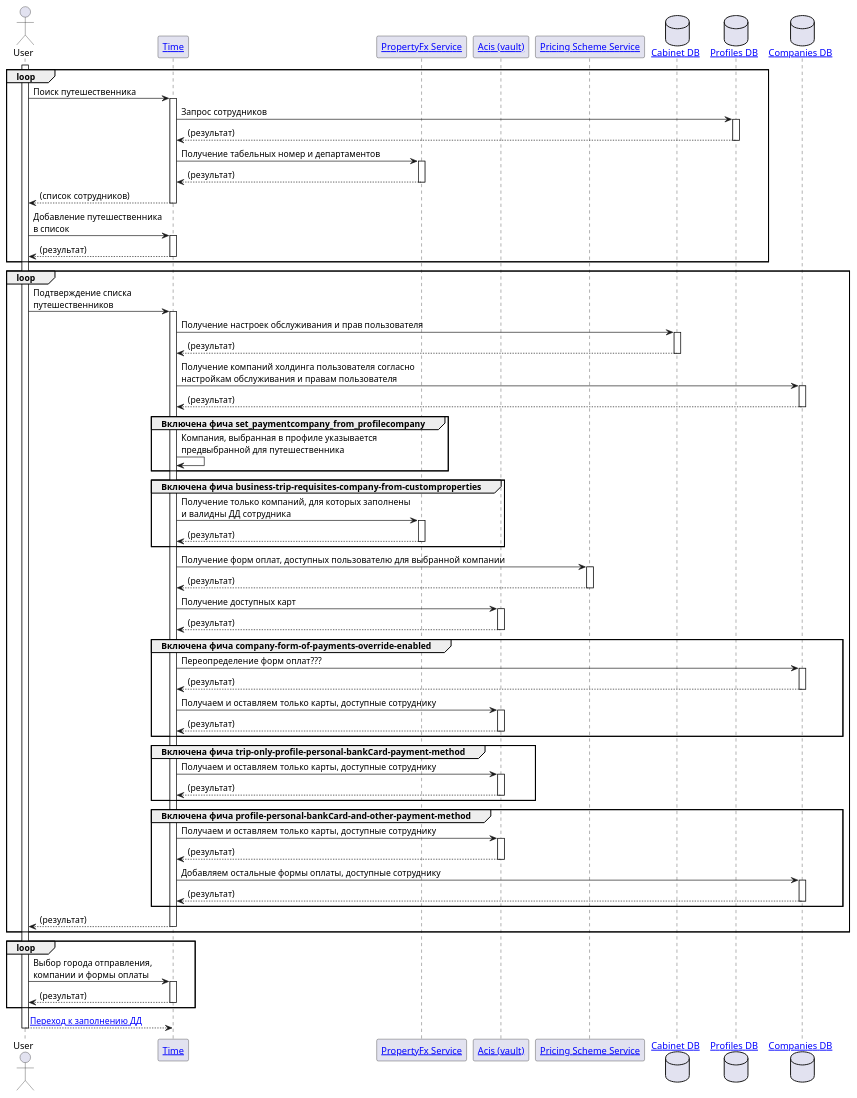
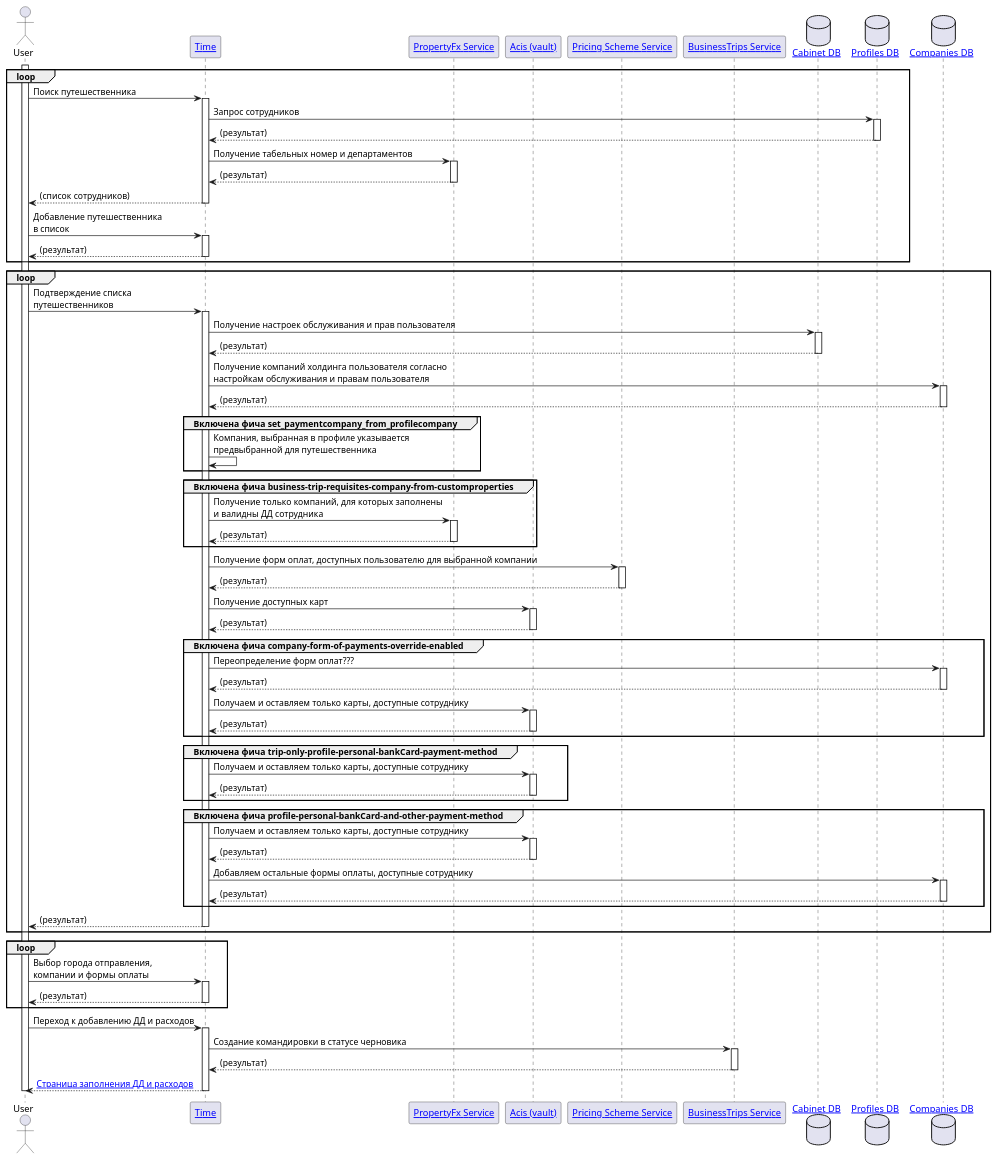
Before and after one commit to aleksandr-bit1/test: the diagram in workspace/arch/puml/time/businesstrip/creation/traveller.puml, drawn with PlantUML. The commit also changed 10 other files, not shown here.

```diff
--- a/workspace/arch/puml/time/businesstrip/creation/traveller.puml
+++ b/workspace/arch/puml/time/businesstrip/creation/traveller.puml
@@ -1,68 +1,71 @@
 @startuml
 'https://plantuml.com/sequence-diagram
-
 
 actor User
 participant "[[/architect/components/applications.time Time]]" as Time
 participant "[[/architect/components/services.propertyfx PropertyFx Service]]" as PropertyFx
 participant "[[/architect/components/services.vault Acis (vault)]]" as Acis
 participant "[[/architect/components/services.pricingscheme Pricing Scheme Service]]" as PricingScheme
+participant "[[/architect/components/services.businesstrips BusinessTrips Service]]" as BusinessTrips
 database "[[/architect/components/db.cabinet Cabinet DB]]" as Cabinet
 database "[[/architect/components/db.profiles Profiles DB]]" as Profiles
 database "[[/architect/components/db.companies Companies DB]]" as Companies
 
 activate User
 
 loop
     User -> Time ++ : Поиск путешественника
     Time -> Profiles ++ : Запрос сотрудников
     return (результат)
     Time -> PropertyFx ++ : Получение табельных номер и департаментов
     return (результат)
     return (список сотрудников)
     User -> Time ++ : Добавление путешественника\nв список
     return (результат)
 end
 loop
     User -> Time ++ : Подтверждение списка\nпутешественников
     Time -> Cabinet ++ : Получение настроек обслуживания и прав пользователя
     return (результат)
     Time -> Companies ++ : Получение компаний холдинга пользователя согласно \nнастройкам обслуживания и правам пользователя
     return (результат)
     group Включена фича set_paymentcompany_from_profilecompany
         Time -> Time : Компания, выбранная в профиле указывается\nпредвыбранной для путешественника
     end
     group Включена фича business-trip-requisites-company-from-customproperties
         Time -> PropertyFx ++ : Получение только компаний, для которых заполнены\nи валидны ДД сотрудника
         return (результат)
     end
     Time -> PricingScheme ++ : Получение форм оплат, доступных пользователю для выбранной компании
     return (результат)
     Time -> Acis ++ : Получение доступных карт
     return (результат)
     group Включена фича company-form-of-payments-override-enabled
         Time -> Companies ++ : Переопределение форм оплат???
         return (результат)
         Time -> Acis ++ : Получаем и оставляем только карты, доступные сотруднику
         return (результат)
     end
     group Включена фича trip-only-profile-personal-bankCard-payment-method
         Time -> Acis ++ : Получаем и оставляем только карты, доступные сотруднику
         return (результат)
     end
     group Включена фича profile-personal-bankCard-and-other-payment-method
         Time -> Acis ++ : Получаем и оставляем только карты, доступные сотруднику
         return (результат)
         Time -> Companies ++ : Добавляем остальные формы оплаты, доступные сотруднику
         return (результат)
     end
     return (результат)
 end
 loop
     User -> Time ++ : Выбор города отправления,\nкомпании и формы оплаты
     return (результат)
 end
-User --> Time : [[applications.time.businesstrip.creation.custom_property Переход к заполнению ДД]]
+User -> Time ++ : Переход к добавлению ДД и расходов
+Time -> BusinessTrips ++ : Создание командировки в статусе черновика
+return (результат)
+return [[applications.time.businesstrip.creation.custom_property Страница заполнения ДД и расходов]]
 
 deactivate User
 @enduml
```
